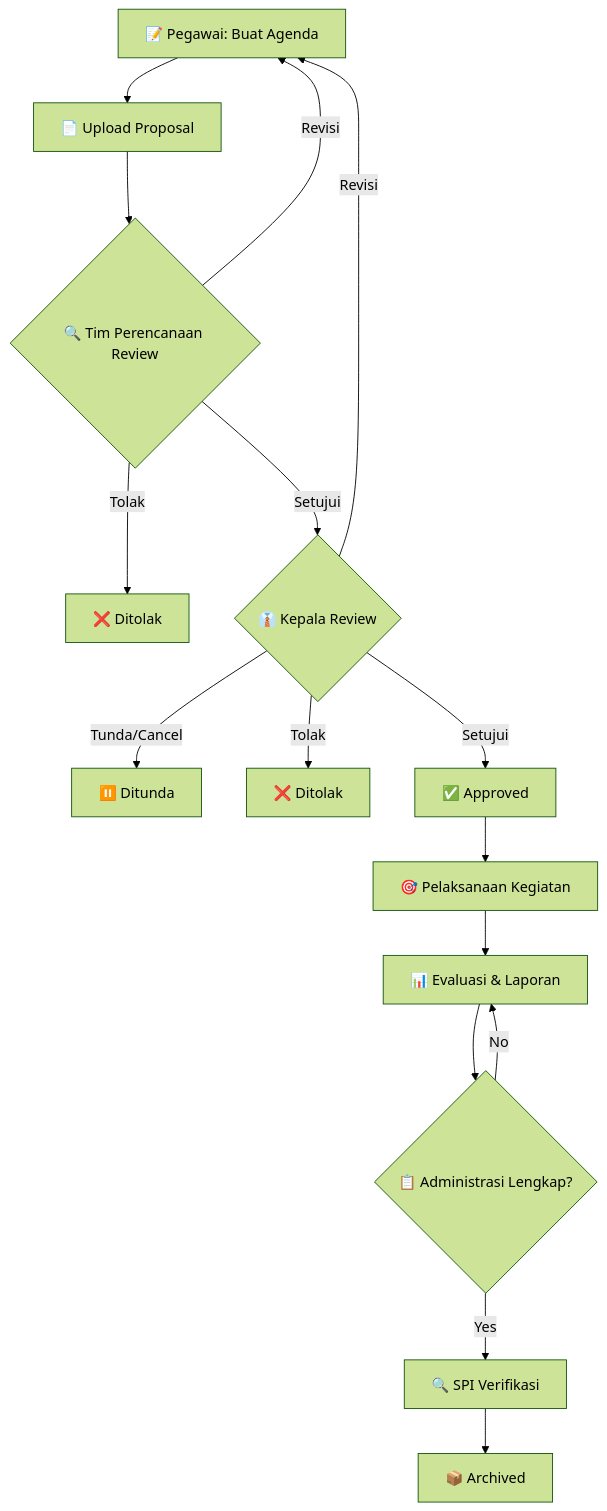
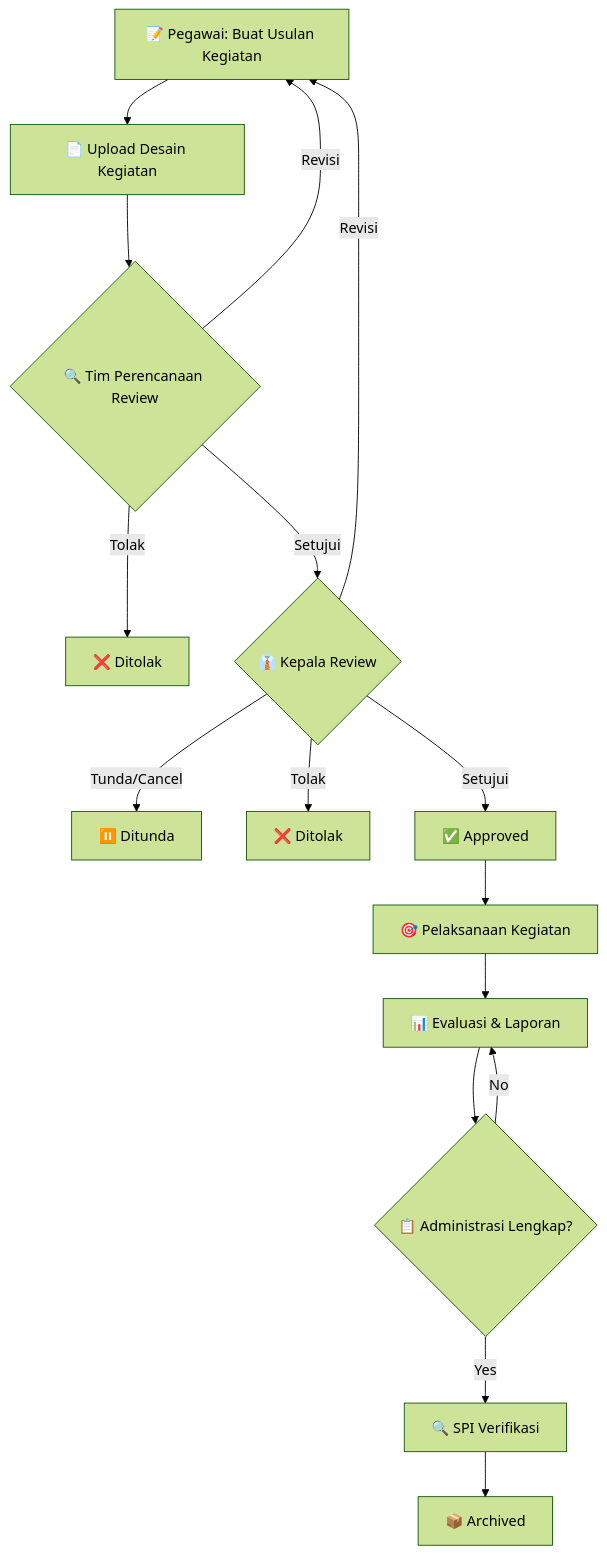
Before and after one commit to gov0435/doku: the diagram in sinergi/tape-ketan/intro.mdx, drawn with Mermaid (forest theme). The commit also changed other lines of this file, not shown here.

Commit message:
fix proposal on intro

````diff
--- a/sinergi/tape-ketan/intro.mdx
+++ b/sinergi/tape-ketan/intro.mdx
@@ -19,18 +19,18 @@
 ```mermaid
 graph TD
-    A[📝 Pegawai: Buat Agenda] --> B[📄 Upload Proposal]
+    A[📝 Pegawai: Buat Usulan Kegiatan] --> B[📄 Upload Desain Kegiatan]
     B --> C{🔍 Tim Perencanaan Review}
     C -->|Revisi| A
     C -->|Tolak| END1[❌ Ditolak]
     C -->|Setujui| D{👔 Kepala Review}
     D -->|Revisi| A
     D -->|Tunda/Cancel| END2[⏸️ Ditunda]
     D -->|Tolak| END3[❌ Ditolak]
     D -->|Setujui| E[✅ Approved]
     E --> F[🎯 Pelaksanaan Kegiatan]
     F --> G[📊 Evaluasi & Laporan]
     G --> H{📋 Administrasi Lengkap?}
     H -->|No| G
     H -->|Yes| I[🔍 SPI Verifikasi]
     I --> J[📦 Archived]
 ```
````
